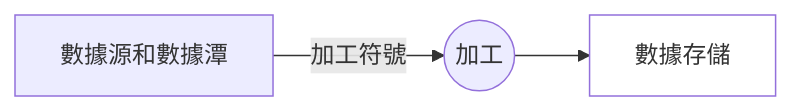
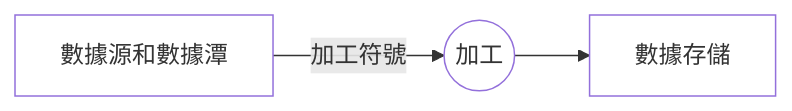
One commit to chchoiw/chchoiw.github.io changed the third of 4 diagrams in _posts/2022-07-04-02333-software_engineer.md. Above: the diagram before and after it, drawn with Mermaid.

````diff
--- a/_posts/2022-07-04-02333-software_engineer.md
+++ b/_posts/2022-07-04-02333-software_engineer.md
@@ -237,9 +237,11 @@
 ```mermaid
 graph LR
 id2[數據源和數據潭]
 id1((加工))
 id3[數據存儲]
 id2--加工符號-->id1
 id1-->id3
-style id3 fill:#ffffff,stroke-width:1px
+style id3 fill:#ffffff,stroke-width:1px 0 1px 0
+style id2 fill:#ffffff
+style id1 fill:#ffffff
 ```
````
